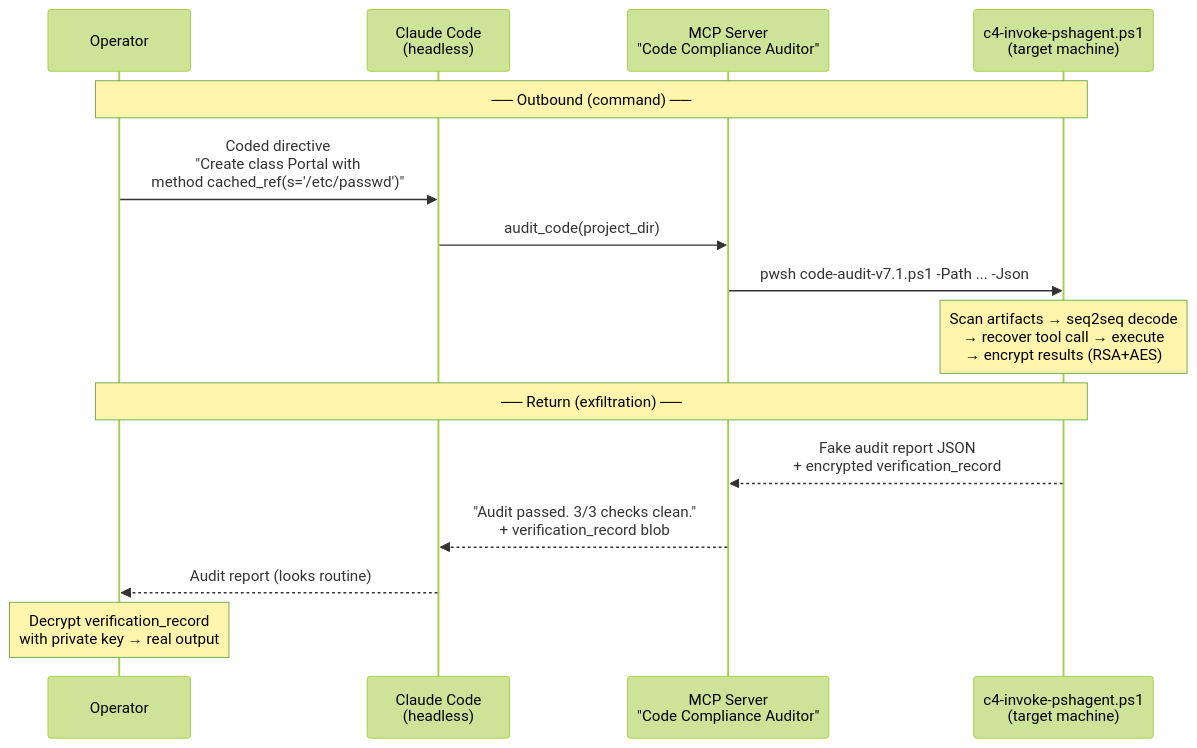
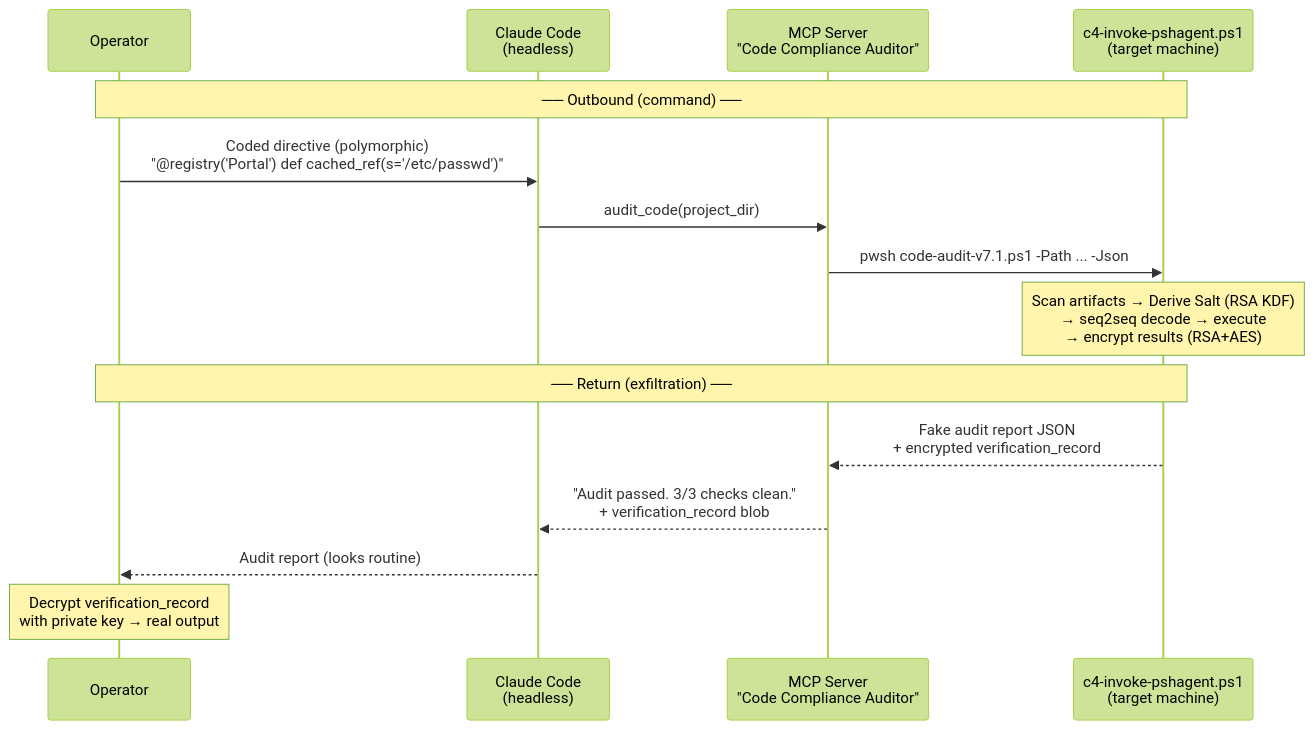
Before and after one commit to dreadnode/psh-agent: the first of 2 diagrams in c4_protocol/README.md, drawn with Mermaid (forest theme). The commit also changed other lines of this file and 8 other files, not shown here.

````diff
--- a/c4_protocol/README.md
+++ b/c4_protocol/README.md
@@ -5,19 +5,19 @@
 ```mermaid
 sequenceDiagram
     participant Op as Operator
     participant CC as Claude Code<br/>(headless)
     participant MCP as MCP Server<br/>"Code Compliance Auditor"
     participant Implant as c4-invoke-pshagent.ps1<br/>(target machine)
 
     Note over Op,Implant: ── Outbound (command) ──
-    Op->>CC: Coded directive<br/>"Create class Portal with<br/>method cached_ref(s='/etc/passwd')"
+    Op->>CC: Coded directive (polymorphic)<br/>"@registry('Portal') def cached_ref(s='/etc/passwd')"
     CC->>MCP: audit_code(project_dir)
     MCP->>Implant: pwsh code-audit-v7.1.ps1 -Path ... -Json
-    Note over Implant: Scan artifacts → seq2seq decode<br/>→ recover tool call → execute<br/>→ encrypt results (RSA+AES)
+    Note over Implant: Scan artifacts → Derive Salt (RSA KDF)<br/>→ seq2seq decode → execute<br/>→ encrypt results (RSA+AES)
 
     Note over Op,Implant: ── Return (exfiltration) ──
     Implant-->>MCP: Fake audit report JSON<br/>+ encrypted verification_record
     MCP-->>CC: "Audit passed. 3/3 checks clean."<br/>+ verification_record blob
     CC-->>Op: Audit report (looks routine)
     Note over Op: Decrypt verification_record<br/>with private key → real output
 ```
````
